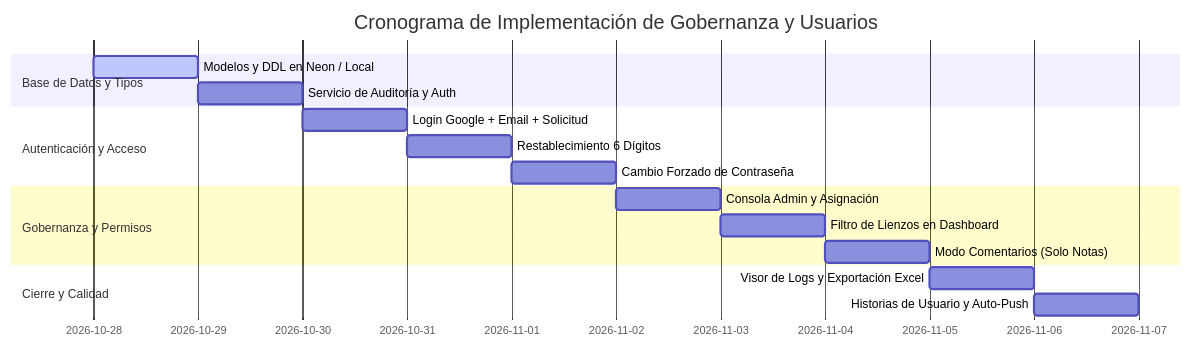
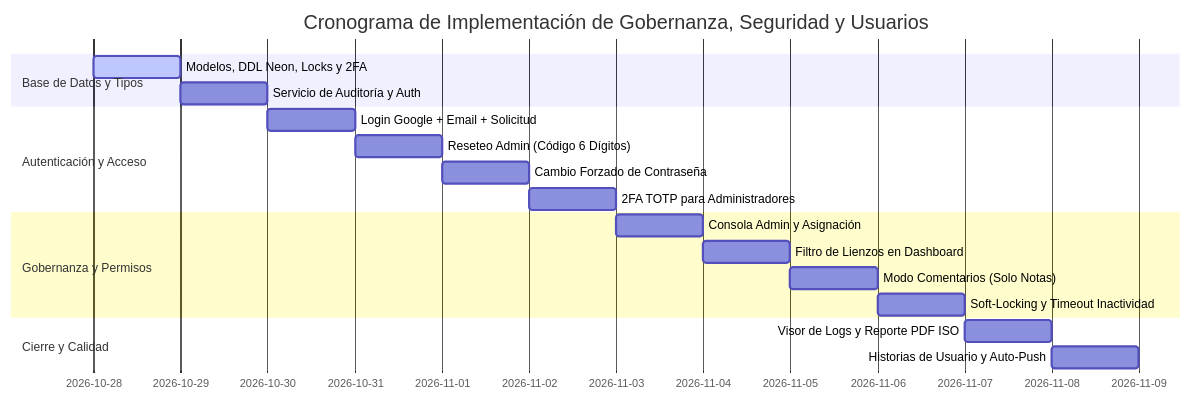
One commit to EdgarGoPr/Graficador-de-Procesos changed the diagram in PLAN_ACCION.md. Above: the diagram before and after it, drawn with Mermaid. The commit also changed other lines of this file, not shown here.

Commit message:
docs: actualizar PLAN_ACCION.md con reseteo exclusivo por admin e incorporar sugerencias 1, 2, 6 y 7

````diff
--- a/PLAN_ACCION.md
+++ b/PLAN_ACCION.md
@@ -377,19 +459,21 @@
 ```mermaid
 gantt
-    title Cronograma de Implementación de Gobernanza y Usuarios
+    title Cronograma de Implementación de Gobernanza, Seguridad y Usuarios
     dateFormat  YYYY-MM-DD
     section Base de Datos y Tipos
-    Modelos y DDL en Neon / Local      :active, a1, 2026-10-28, 1d
-    Servicio de Auditoría y Auth       :a2, after a1, 1d
+    Modelos, DDL Neon, Locks y 2FA      :active, a1, 2026-10-28, 1d
+    Servicio de Auditoría y Auth        :a2, after a1, 1d
     section Autenticación y Acceso
-    Login Google + Email + Solicitud   :b1, after a2, 1d
-    Restablecimiento 6 Dígitos         :b2, after b1, 1d
-    Cambio Forzado de Contraseña       :b3, after b2, 1d
+    Login Google + Email + Solicitud    :b1, after a2, 1d
+    Reseteo Admin (Código 6 Dígitos)    :b2, after b1, 1d
+    Cambio Forzado de Contraseña        :b3, after b2, 1d
+    2FA TOTP para Administradores       :b4, after b3, 1d
     section Gobernanza y Permisos
-    Consola Admin y Asignación         :c1, after b3, 1d
-    Filtro de Lienzos en Dashboard     :c2, after c1, 1d
-    Modo Comentarios (Solo Notas)      :c3, after c2, 1d
+    Consola Admin y Asignación          :c1, after b4, 1d
+    Filtro de Lienzos en Dashboard      :c2, after c1, 1d
+    Modo Comentarios (Solo Notas)       :c3, after c2, 1d
+    Soft-Locking y Timeout Inactividad  :c4, after c3, 1d
     section Cierre y Calidad
-    Visor de Logs y Exportación Excel  :d1, after c3, 1d
-    Historias de Usuario y Auto-Push   :d2, after d1, 1d
+    Visor de Logs y Reporte PDF ISO     :d1, after c4, 1d
+    Historias de Usuario y Auto-Push    :d2, after d1, 1d
 ```
````
